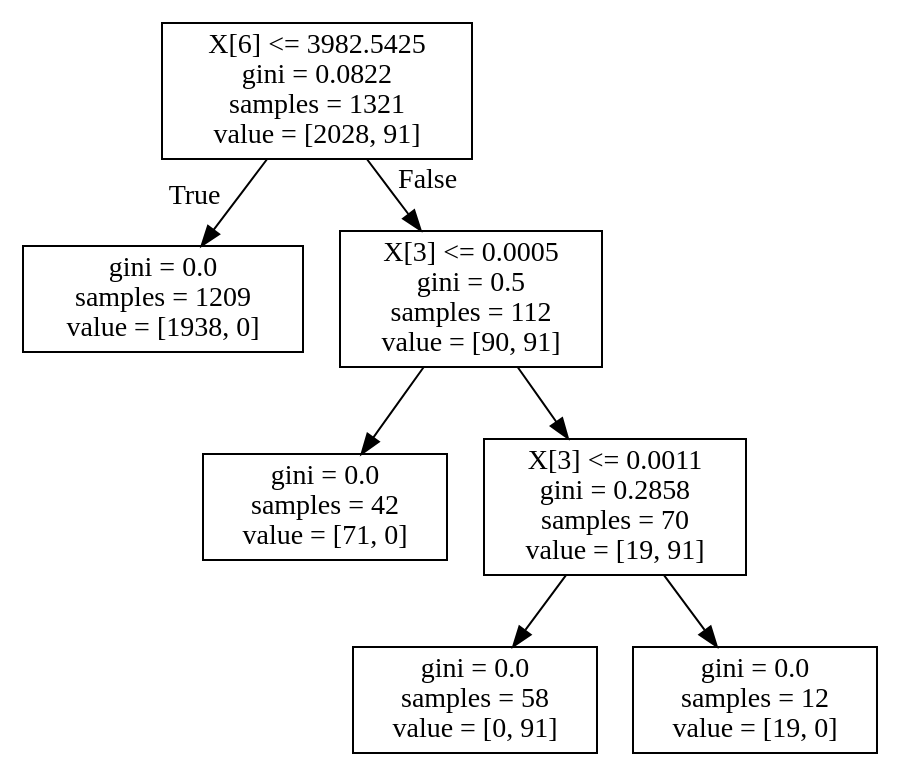
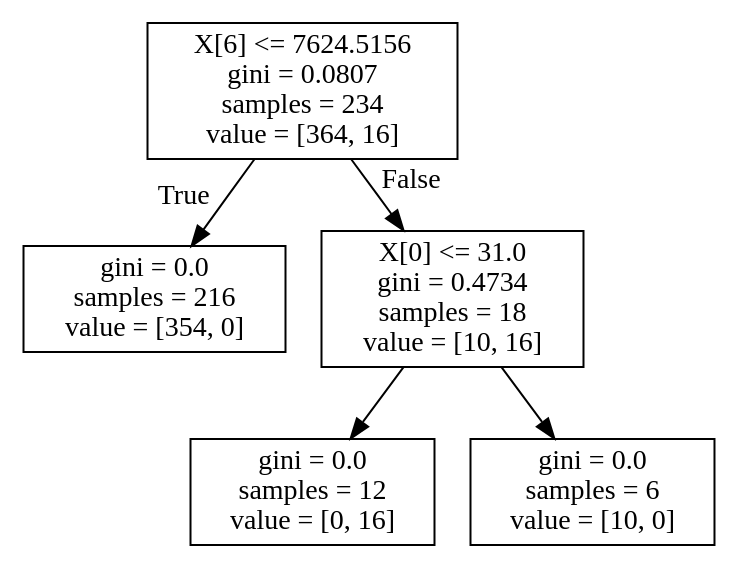
Before and after one commit to imwack/facebook: the diagram in 0.dot, drawn with Graphviz. The commit also changed 23 other files, not shown here.

```diff
--- a/0.dot
+++ b/0.dot
@@ -1,16 +1,12 @@
 digraph Tree {
 node [shape=box] ;
-0 [label="X[6] <= 3982.5425\ngini = 0.0822\nsamples = 1321\nvalue = [2028, 91]"] ;
-1 [label="gini = 0.0\nsamples = 1209\nvalue = [1938, 0]"] ;
+0 [label="X[6] <= 7624.5156\ngini = 0.0807\nsamples = 234\nvalue = [364, 16]"] ;
+1 [label="gini = 0.0\nsamples = 216\nvalue = [354, 0]"] ;
 0 -> 1 [labeldistance=2.5, labelangle=45, headlabel="True"] ;
-2 [label="X[3] <= 0.0005\ngini = 0.5\nsamples = 112\nvalue = [90, 91]"] ;
+2 [label="X[0] <= 31.0\ngini = 0.4734\nsamples = 18\nvalue = [10, 16]"] ;
 0 -> 2 [labeldistance=2.5, labelangle=-45, headlabel="False"] ;
-3 [label="gini = 0.0\nsamples = 42\nvalue = [71, 0]"] ;
+3 [label="gini = 0.0\nsamples = 12\nvalue = [0, 16]"] ;
 2 -> 3 ;
-4 [label="X[3] <= 0.0011\ngini = 0.2858\nsamples = 70\nvalue = [19, 91]"] ;
+4 [label="gini = 0.0\nsamples = 6\nvalue = [10, 0]"] ;
 2 -> 4 ;
-5 [label="gini = 0.0\nsamples = 58\nvalue = [0, 91]"] ;
-4 -> 5 ;
-6 [label="gini = 0.0\nsamples = 12\nvalue = [19, 0]"] ;
-4 -> 6 ;
 }
```
